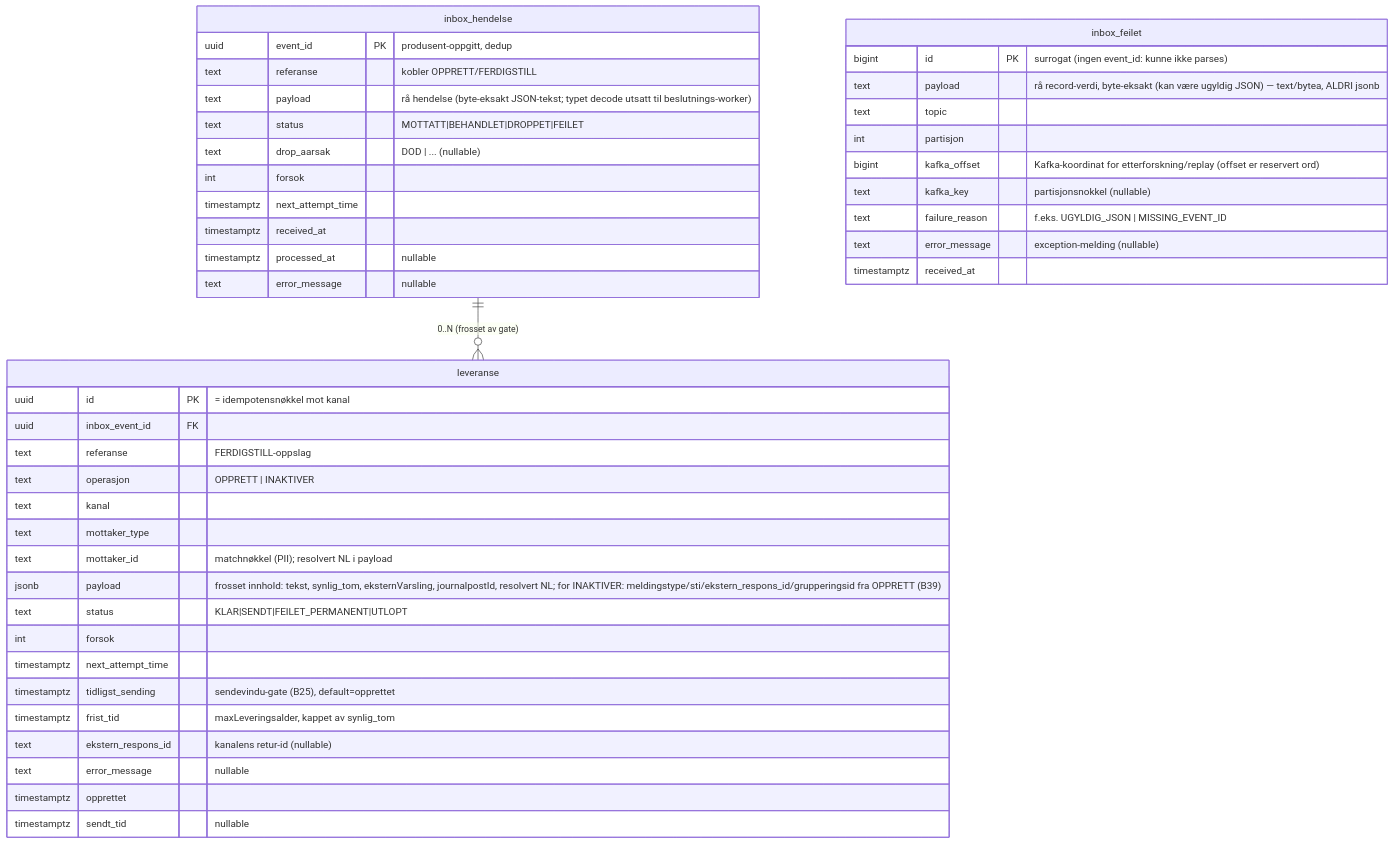
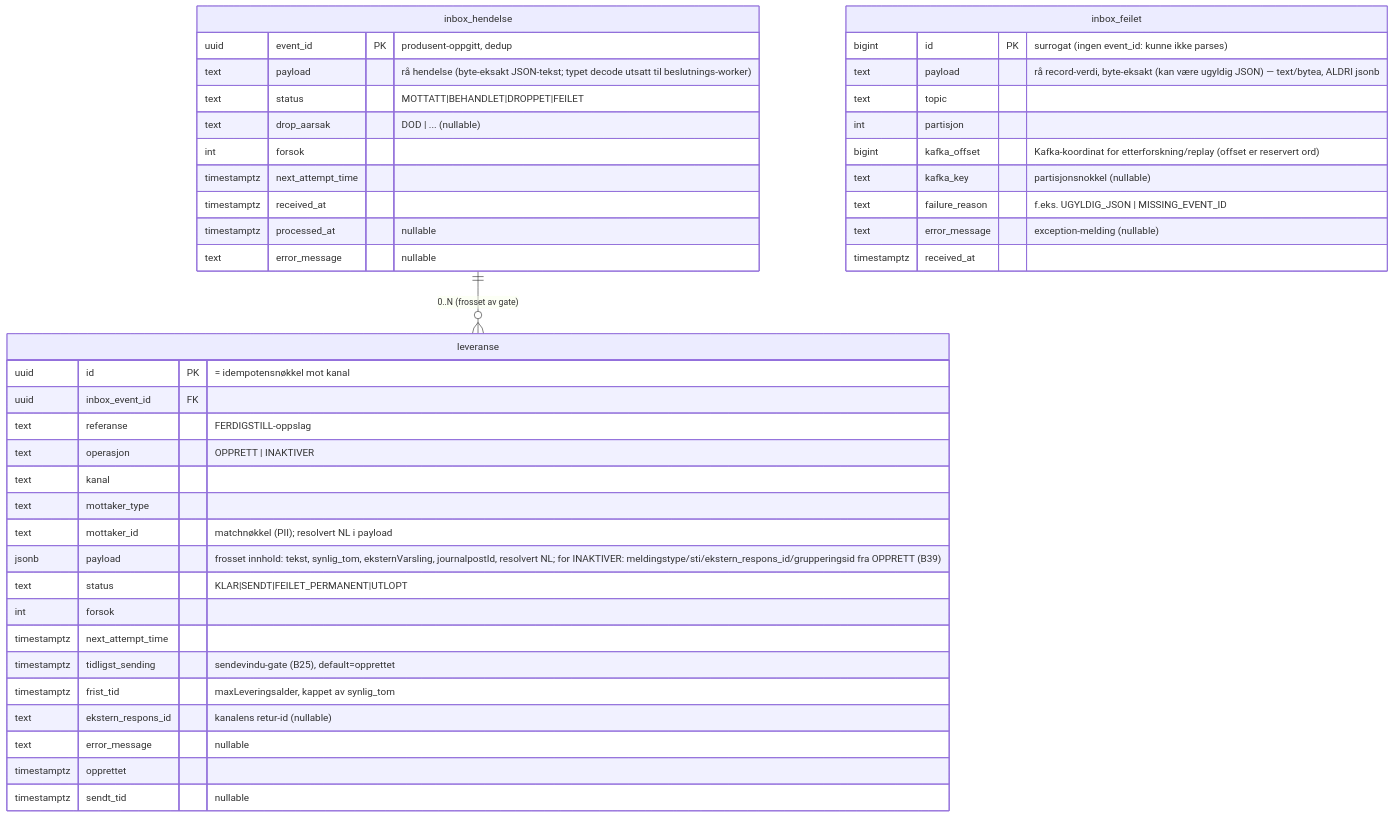
The diagram in docs/DATAMODELL.md (navikt/syfo-budstikka), drawn with Mermaid before and after one commit. The commit also changed other lines of this file and 3 other files, not shown here.

````diff
--- a/docs/DATAMODELL.md
+++ b/docs/DATAMODELL.md
@@ -8,49 +8,48 @@
 ```mermaid
 erDiagram
     inbox_hendelse ||--o{ leveranse : "0..N (frosset av gate)"
 
     inbox_hendelse {
         uuid        event_id PK "produsent-oppgitt, dedup"
-        text        referanse "kobler OPPRETT/FERDIGSTILL"
         text        payload "rå hendelse (byte-eksakt JSON-tekst; typet decode utsatt til beslutnings-worker)"
         text        status "MOTTATT|BEHANDLET|DROPPET|FEILET"
         text        drop_aarsak "DOD | ... (nullable)"
         int         forsok
         timestamptz next_attempt_time
         timestamptz received_at
         timestamptz processed_at "nullable"
         text        error_message "nullable"
     }
 
     leveranse {
         uuid        id PK "= idempotensnøkkel mot kanal"
         uuid        inbox_event_id FK
         text        referanse "FERDIGSTILL-oppslag"
         text        operasjon "OPPRETT | INAKTIVER"
         text        kanal
         text        mottaker_type
         text        mottaker_id "matchnøkkel (PII); resolvert NL i payload"
         jsonb       payload "frosset innhold: tekst, synlig_tom, eksternVarsling, journalpostId, resolvert NL; for INAKTIVER: meldingstype/sti/ekstern_respons_id/grupperingsid fra OPPRETT (B39)"
         text        status "KLAR|SENDT|FEILET_PERMANENT|UTLOPT"
         int         forsok
         timestamptz next_attempt_time
         timestamptz tidligst_sending "sendevindu-gate (B25), default=opprettet"
         timestamptz frist_tid "maxLeveringsalder, kappet av synlig_tom"
         text        ekstern_respons_id "kanalens retur-id (nullable)"
         text        error_message "nullable"
         timestamptz opprettet
         timestamptz sendt_tid "nullable"
     }
 
     inbox_feilet {
         bigint      id PK "surrogat (ingen event_id: kunne ikke parses)"
         text        payload "rå record-verdi, byte-eksakt (kan være ugyldig JSON) — text/bytea, ALDRI jsonb"
         text        topic
         int         partisjon
         bigint      kafka_offset "Kafka-koordinat for etterforskning/replay (offset er reservert ord)"
         text        kafka_key "partisjonsnokkel (nullable)"
         text        failure_reason "f.eks. UGYLDIG_JSON | MISSING_EVENT_ID"
         text        error_message "exception-melding (nullable)"
         timestamptz received_at
     }
 ```
````
